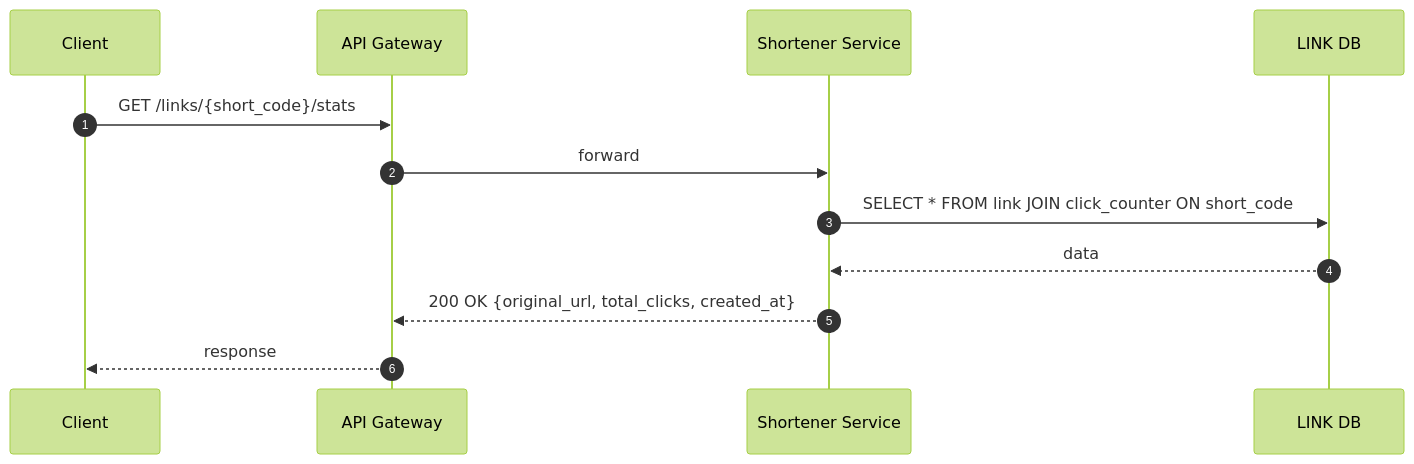
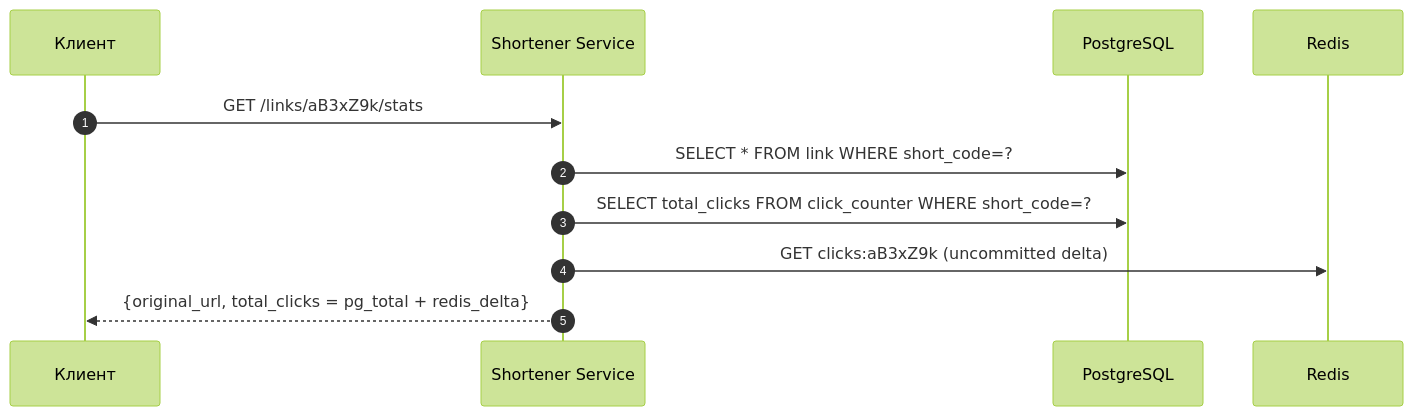
Before and after one commit to f1yToMoon/url_shortener: the ninth of 9 diagrams in README.md, drawn with Mermaid (forest theme). The commit also changed other lines of this file, not shown here.

````diff
--- a/README.md
+++ b/README.md
@@ -409,15 +474,14 @@
 ```mermaid
 sequenceDiagram
   autonumber
-  participant C as Client
-  participant GW as API Gateway
+  participant C as Клиент
   participant S as Shortener Service
-  participant DB as LINK DB
+  participant PG as PostgreSQL
+  participant Redis as Redis
 
-  C->>GW: GET /links/{short_code}/stats
-  GW->>S: forward
-  S->>DB: SELECT * FROM link JOIN click_counter ON short_code
-  DB-->>S: data
-  S-->>GW: 200 OK {original_url, total_clicks, created_at}
-  GW-->>C: response
+  C->>S: GET /links/aB3xZ9k/stats
+  S->>PG: SELECT * FROM link WHERE short_code=?
+  S->>PG: SELECT total_clicks FROM click_counter WHERE short_code=?
+  S->>Redis: GET clicks:aB3xZ9k (uncommitted delta)
+  S-->>C: {original_url, total_clicks = pg_total + redis_delta}
 ```
````
